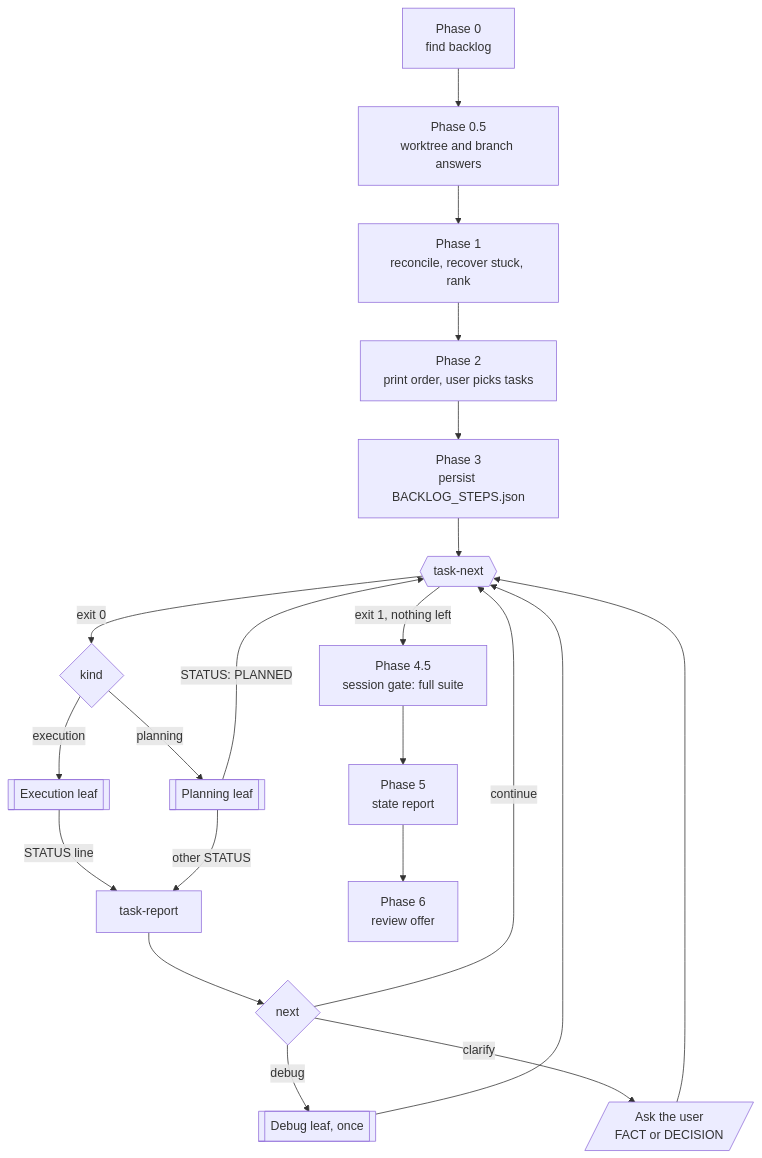
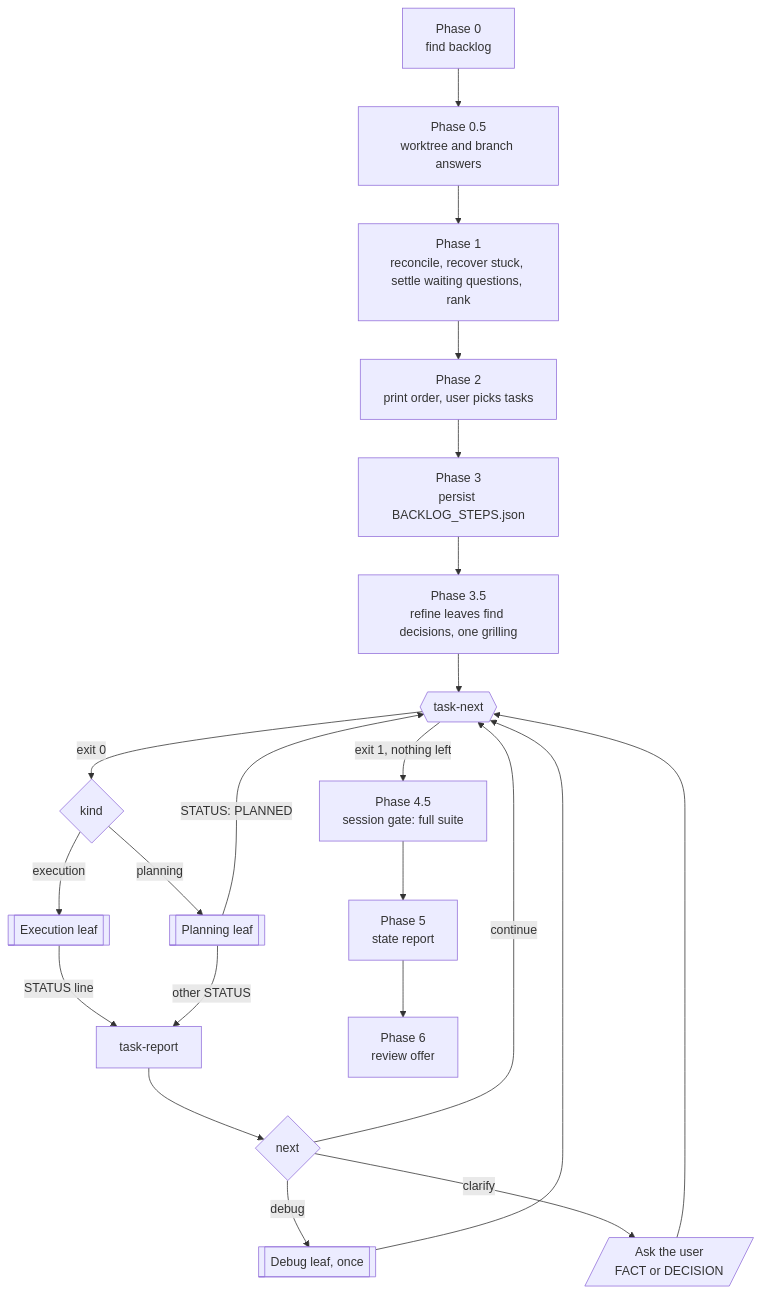
One commit to shortcuts/radin changed the diagram in docs/lifecycle/router-loop.mmd. Above: the diagram before and after it, drawn with Mermaid. The commit also changed 13 other files, not shown here.

```diff
--- a/docs/lifecycle/router-loop.mmd
+++ b/docs/lifecycle/router-loop.mmd
@@ -1,21 +1,22 @@
 flowchart TD
   p0[Phase 0<br/>find backlog] --> p05[Phase 0.5<br/>worktree and branch answers]
-  p05 --> p1[Phase 1<br/>reconcile, recover stuck, rank]
+  p05 --> p1[Phase 1<br/>reconcile, recover stuck, settle waiting questions, rank]
   p1 --> p2[Phase 2<br/>print order, user picks tasks]
   p2 --> p3[Phase 3<br/>persist BACKLOG_STEPS.json]
-  p3 --> next{{task-next}}
+  p3 --> p35[Phase 3.5<br/>refine leaves find decisions, one grilling]
+  p35 --> next{{task-next}}
   next -- exit 1, nothing left --> p45[Phase 4.5<br/>session gate: full suite]
   next -- exit 0 --> kind{kind}
   kind -- planning --> leafP[[Planning leaf]]
   kind -- execution --> leafE[[Execution leaf]]
   leafP -- STATUS: PLANNED --> next
   leafE -- STATUS line --> report[task-report]
   leafP -- other STATUS --> report
   report --> route{next}
   route -- continue --> next
   route -- debug --> debug[[Debug leaf, once]]
   debug --> next
   route -- clarify --> user[/Ask the user<br/>FACT or DECISION/]
   user --> next
   p45 --> p5[Phase 5<br/>state report]
   p5 --> p6[Phase 6<br/>review offer]
```
